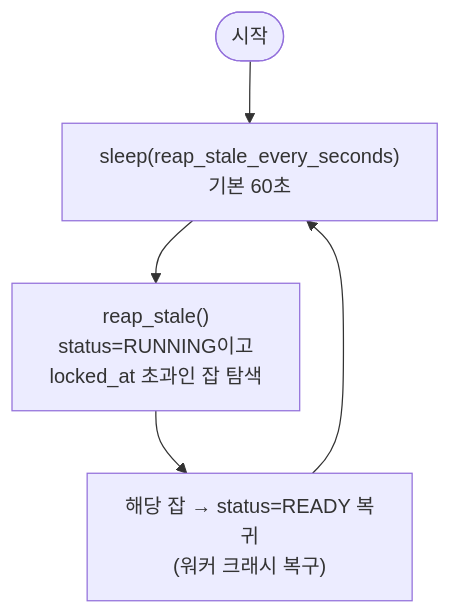
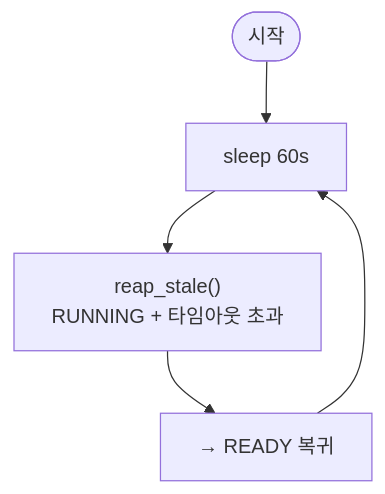
One commit to changhyeon363/pqrun changed the seventh of 8 diagrams in docs/developer/architecture.md. Above: the diagram before and after it, drawn with Mermaid. The commit also changed other lines of this file and 9 other files, not shown here.

````diff
--- a/docs/developer/architecture.md
+++ b/docs/developer/architecture.md
@@ -165,7 +161,7 @@
 ```mermaid
 flowchart TD
-    S([시작]) --> W["sleep(reap_stale_every_seconds)<br/>기본 60초"]
-    W --> R["reap_stale()<br/>status=RUNNING이고<br/>locked_at 초과인 잡 탐색"]
-    R --> U["해당 잡 → status=READY 복귀<br/>(워커 크래시 복구)"]
+    ST([시작]) --> W["sleep 60s"]
+    W --> R["reap_stale()<br/>RUNNING + 타임아웃 초과"]
+    R --> U[→ READY 복귀]
     U --> W
 ```
````
